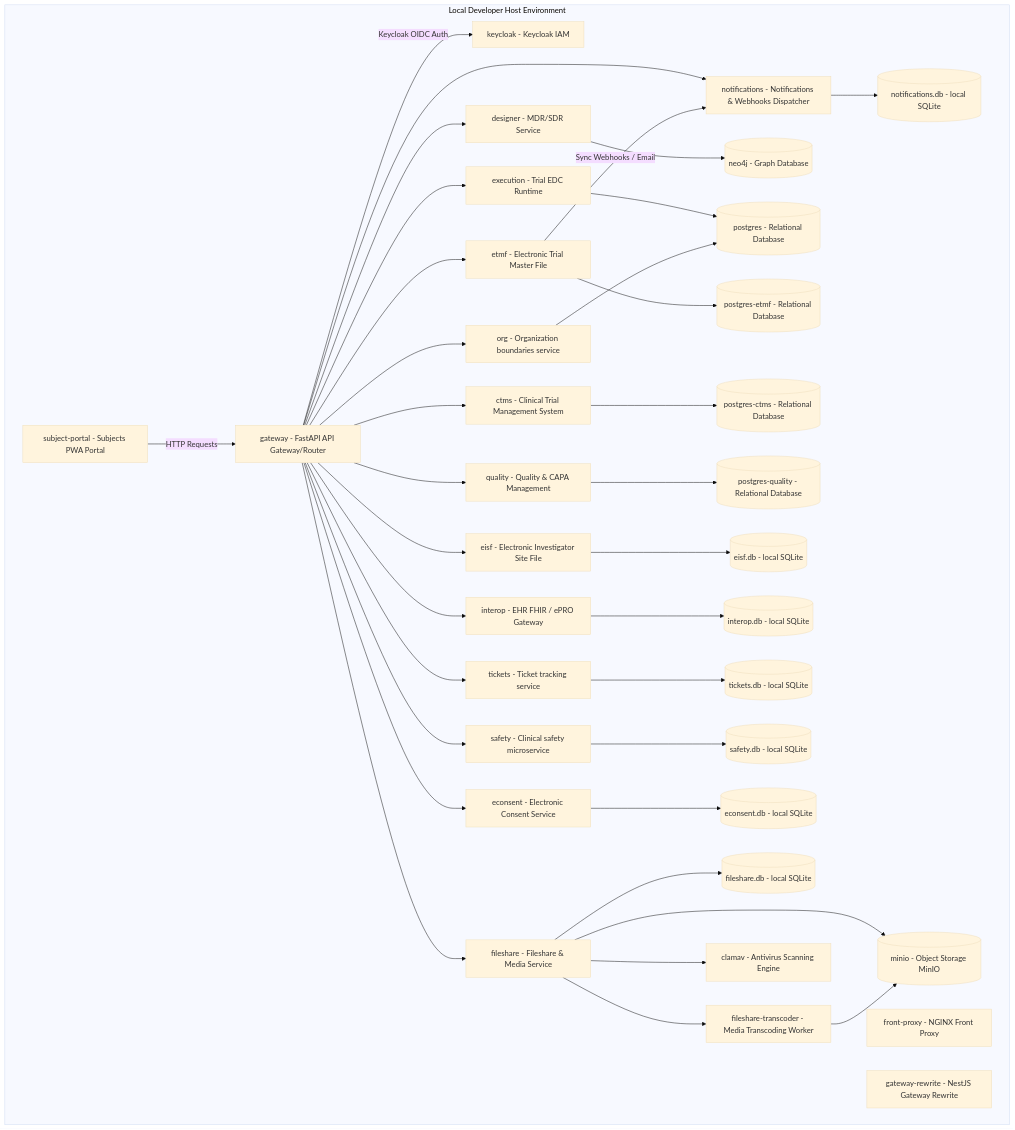
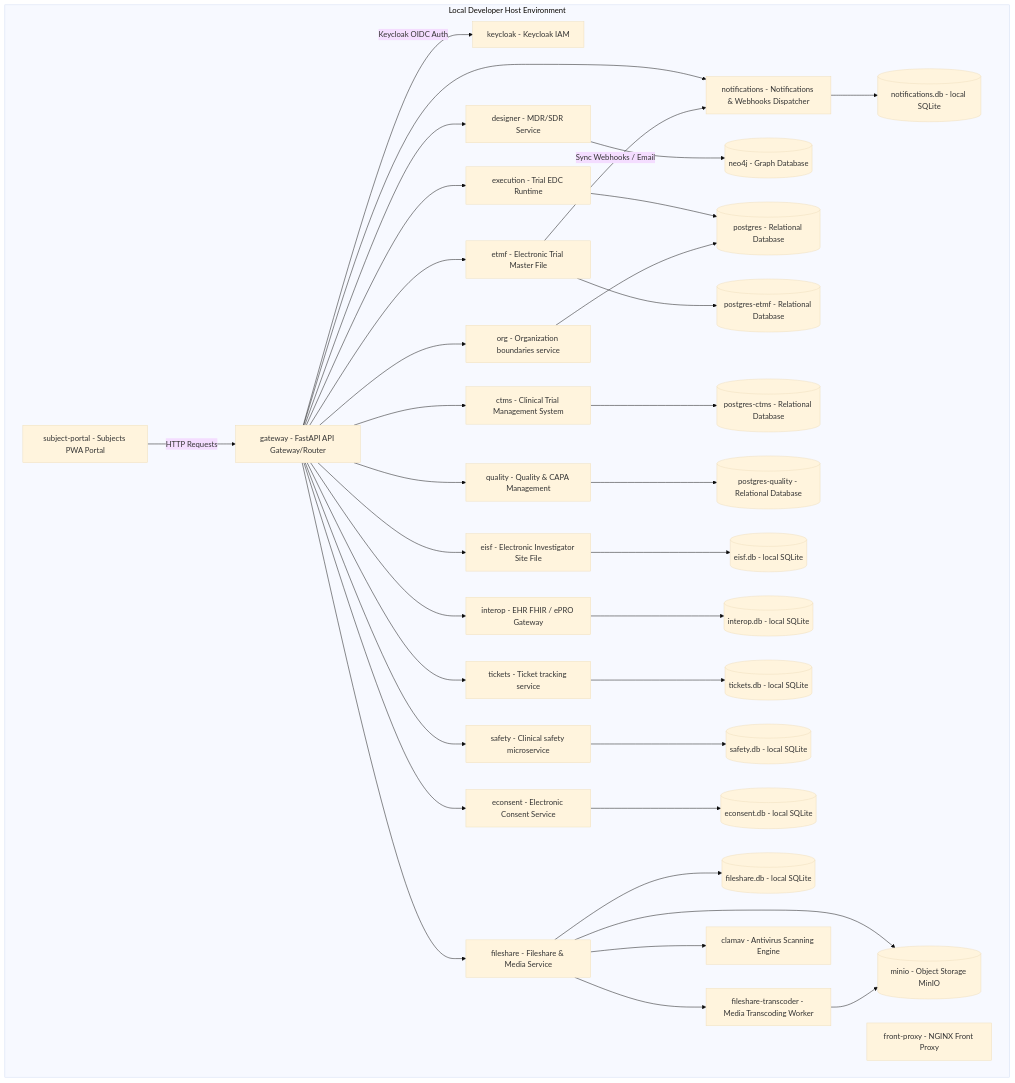
Before and after one commit to fderuiter/cadence-clinical: the second of 11 diagrams in docs/SDLC/02_Technical_Design_Document_TDD.md, drawn with Mermaid (base theme). The commit also changed 30 other files, not shown here.

Commit message:
refactor(gateway): remove abandoned gateway-rewrite package and prune workspace lockfile

```diff
--- a/docs/SDLC/02_Technical_Design_Document_TDD.md
+++ b/docs/SDLC/02_Technical_Design_Document_TDD.md
@@ -122,7 +122,6 @@
         subject-portal[subject-portal - Subjects PWA Portal]
         front-proxy[front-proxy - NGINX Front Proxy]
         gateway[gateway - FastAPI API Gateway/Router]
-        gateway-rewrite[gateway-rewrite - NestJS Gateway Rewrite]
         keycloak[keycloak - Keycloak IAM]
         designer[designer - MDR/SDR Service]
         execution[execution - Trial EDC Runtime]
```
